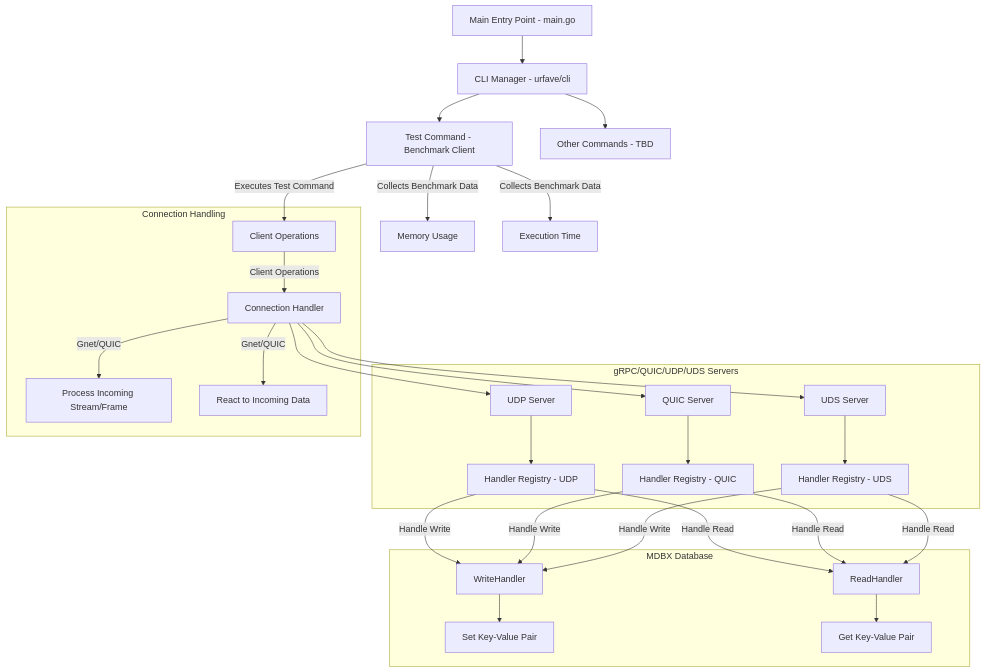
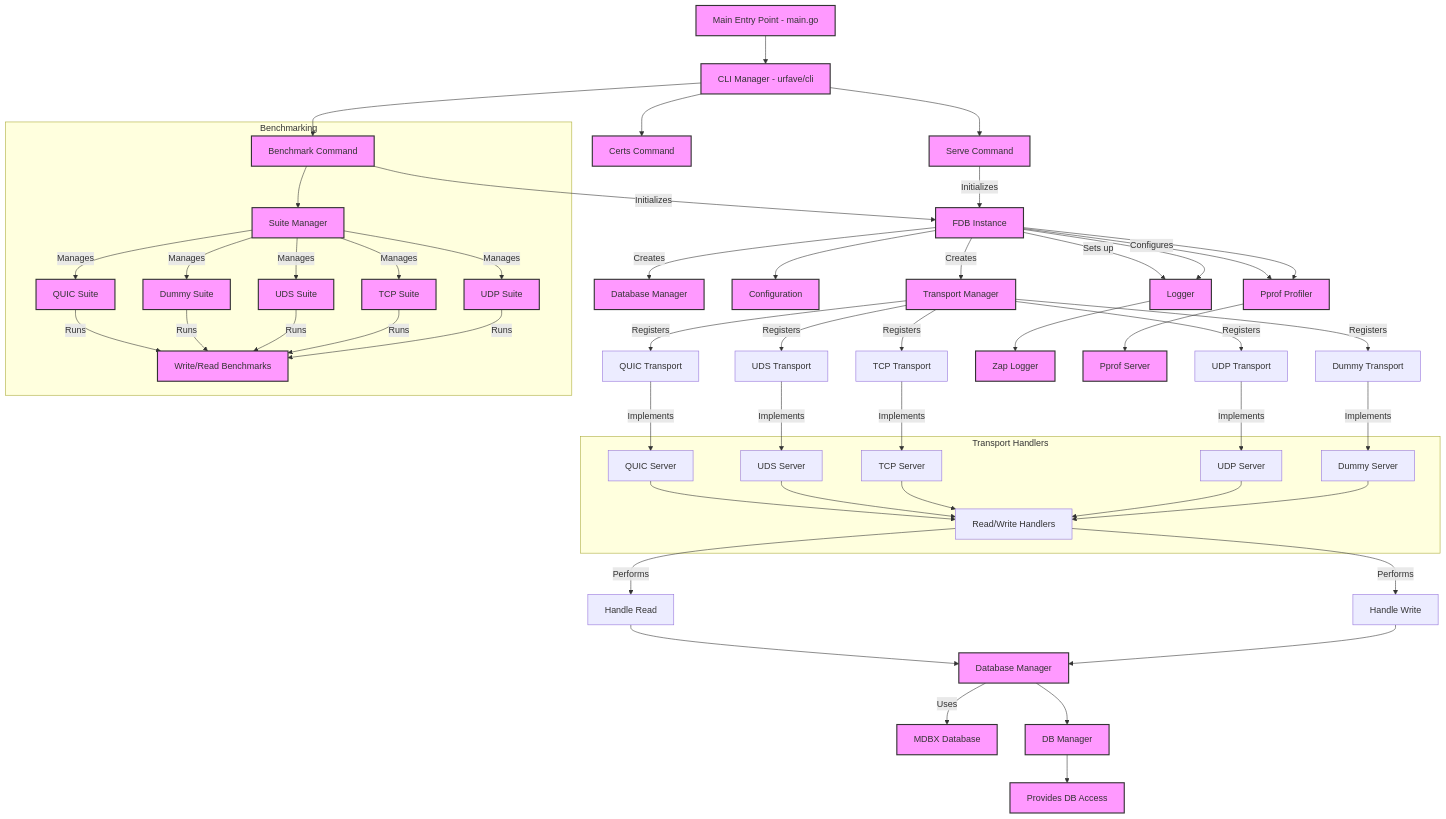
Before and after one commit to unpackdev/fdb: the diagram in README.md, drawn with Mermaid.

Commit message:
Diagram update

````diff
--- a/README.md
+++ b/README.md
@@ -27,40 +27,83 @@
 ```mermaid
 graph TD;
+    %% Main Entry Point and CLI Commands
     A[Main Entry Point - main.go] --> B[CLI Manager - urfave/cli]
-    B --> C1[Test Command - Benchmark Client]
-    B --> C2[Other Commands - TBD]
-    
-    C1 -->|Executes Test Command| D1[Client Operations]
-    C1 -->|Collects Benchmark Data| D2[Memory Usage]
-    C1 -->|Collects Benchmark Data| D3[Execution Time]
-    
-    subgraph gRPC/QUIC/UDP/UDS Servers
-        E1[UDP Server] --> F1[Handler Registry - UDP]
-        E2[QUIC Server] --> F2[Handler Registry - QUIC]
-        E3[UDS Server] --> F3[Handler Registry - UDS]
+    B --> C1[Certs Command]
+    B --> C2[Benchmark Command]
+    B --> C3[Serve Command]
+
+    %% FDB Initialization
+    C2 -->|Initializes| D[FDB Instance]
+    C3 -->|Initializes| D
+
+    %% FDB Components
+    D -->|Creates| E[Transport Manager]
+    D -->|Creates| F[Database Manager]
+    D -->|Sets up| G[Logger]
+    D -->|Configures| H[Pprof Profiler]
+
+    %% Transport Manager and Transports
+    E -->|Registers| I1[QUIC Transport]
+    E -->|Registers| I2[UDS Transport]
+    E -->|Registers| I3[TCP Transport]
+    E -->|Registers| I4[UDP Transport]
+    E -->|Registers| I5[Dummy Transport]
+
+    %% Individual Transports and Servers
+    I1 -->|Implements| J1[QUIC Server]
+    I2 -->|Implements| J2[UDS Server]
+    I3 -->|Implements| J3[TCP Server]
+    I4 -->|Implements| J4[UDP Server]
+    I5 -->|Implements| J5[Dummy Server]
+
+    %% Handlers and Operations
+    subgraph Transport Handlers
+        J1 --> K[Read/Write Handlers]
+        J2 --> K
+        J3 --> K
+        J4 --> K
+        J5 --> K
     end
-    
-    F1 --> |Handle Write| G1[WriteHandler]
-    F1 --> |Handle Read| G2[ReadHandler]
-    
-    F2 --> |Handle Write| G1
-    F2 --> |Handle Read| G2
-    
-    F3 --> |Handle Write| G1
-    F3 --> |Handle Read| G2
-    
-    subgraph MDBX Database
-        G1 --> H1[Set Key-Value Pair]
-        G2 --> H2[Get Key-Value Pair]
+
+    K -->|Performs| L1[Handle Read]
+    K -->|Performs| L2[Handle Write]
+
+    %% Database Interaction
+    L1 --> M[Database Manager]
+    L2 --> M
+
+    M -->|Uses| N[MDBX Database]
+
+    %% Benchmarking Suite
+    subgraph Benchmarking
+        C2 --> O[Suite Manager]
+        O -->|Manages| P1[QUIC Suite]
+        O -->|Manages| P2[Dummy Suite]
+        O -->|Manages| P3[UDS Suite]
+        O -->|Manages| P4[TCP Suite]
+        O -->|Manages| P5[UDP Suite]
+
+        P1 -->|Runs| Q[Write/Read Benchmarks]
+        P2 -->|Runs| Q
+        P3 -->|Runs| Q
+        P4 -->|Runs| Q
+        P5 -->|Runs| Q
     end
-    
-    subgraph Connection Handling
-        D1 -->|Client Operations| I[Connection Handler]
-        I -->|Gnet/QUIC| J1[Process Incoming Stream/Frame]
-        I -->|Gnet/QUIC| J2[React to Incoming Data]
-    end
-    
-    I --> E1
-    I --> E2
-    I --> E3
+
+    %% Configuration and Logger
+    D --> R[Configuration]
+    D --> G
+    G --> S[Zap Logger]
+
+    %% Pprof Profiler
+    D --> H
+    H --> T[Pprof Server]
+
+    %% Database Manager Details
+    M --> U[DB Manager]
+    U --> V[Provides DB Access]
+
+    %% Legend
+    classDef component fill:#f9f,stroke:#333,stroke-width:2px;
+    class A,B,C1,C2,C3,D,E,F,G,H,M,N,O,P1,P2,P3,P4,P5,Q,R,S,T,U,V component;
 ```
````
